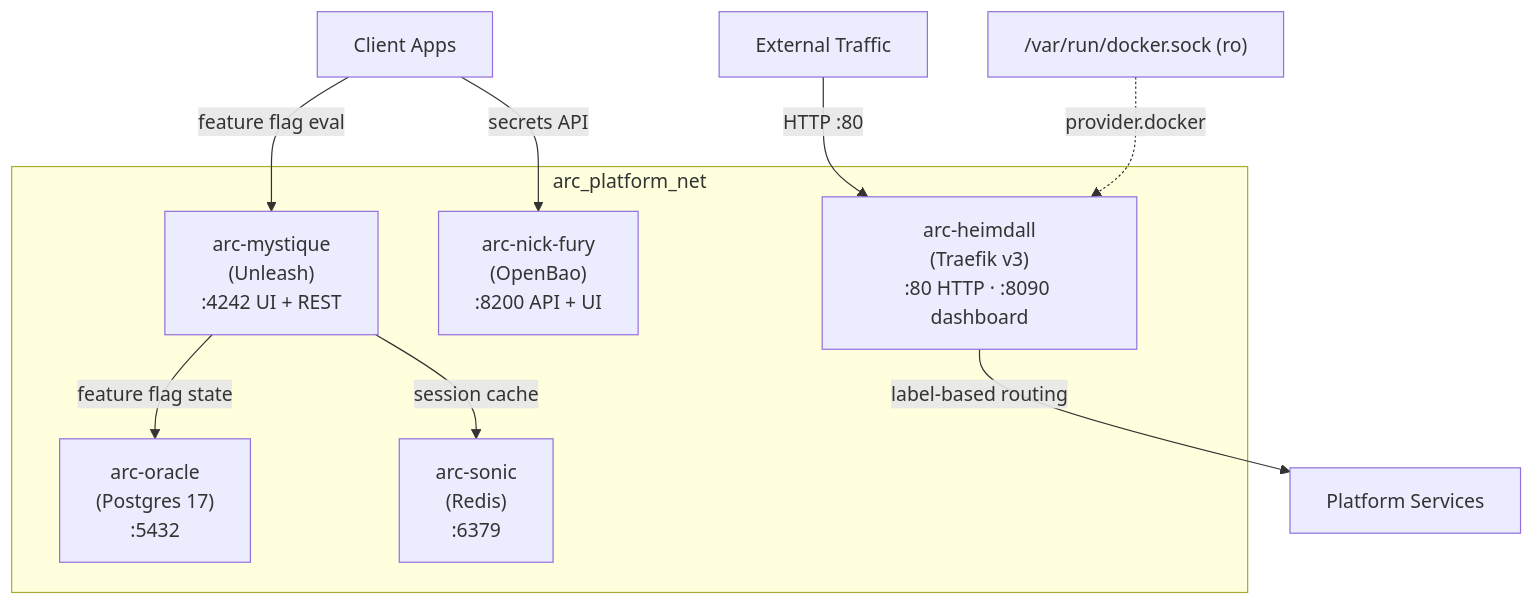
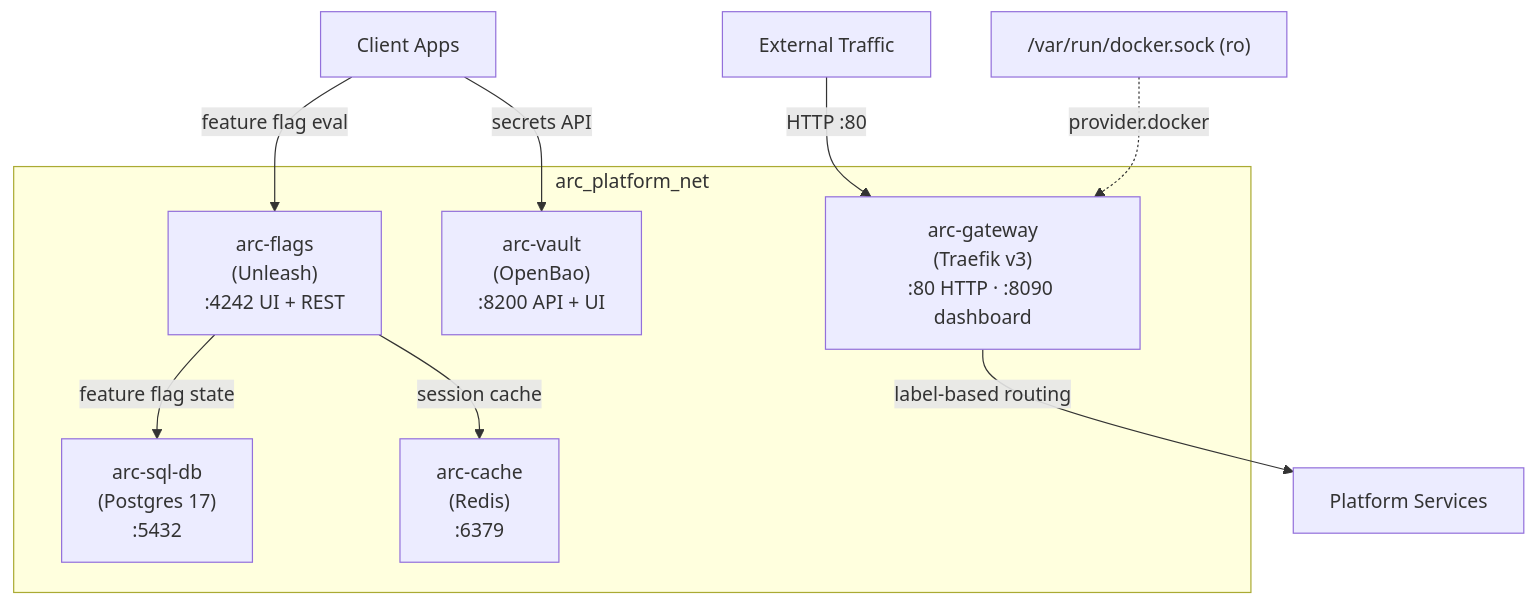
One commit to arc-framework/arc-platform changed the first of 2 diagrams in specs/006-platform-control/spec.md. Above: the diagram before and after it, drawn with Mermaid. The commit also changed other lines of this file and 34 other files, not shown here.

````diff
--- a/specs/006-platform-control/spec.md
+++ b/specs/006-platform-control/spec.md
@@ -25,18 +25,18 @@
 ```mermaid
 graph TD
     subgraph arc_platform_net
-        heimdall["arc-heimdall\n(Traefik v3)\n:80 HTTP · :8090 dashboard"]
-        fury["arc-nick-fury\n(OpenBao)\n:8200 API + UI"]
-        mystique["arc-mystique\n(Unleash)\n:4242 UI + REST"]
-        oracle["arc-oracle\n(Postgres 17)\n:5432"]
-        sonic["arc-sonic\n(Redis)\n:6379"]
+        heimdall["arc-gateway\n(Traefik v3)\n:80 HTTP · :8090 dashboard"]
+        fury["arc-vault\n(OpenBao)\n:8200 API + UI"]
+        mystique["arc-flags\n(Unleash)\n:4242 UI + REST"]
+        oracle["arc-sql-db\n(Postgres 17)\n:5432"]
+        sonic["arc-cache\n(Redis)\n:6379"]
     end
 
     internet["External Traffic"] -->|HTTP :80| heimdall
     heimdall -->|label-based routing| services["Platform Services"]
     apps["Client Apps"] -->|secrets API| fury
     apps -->|feature flag eval| mystique
     mystique -->|feature flag state| oracle
     mystique -->|session cache| sonic
     dockersock["/var/run/docker.sock (ro)"] -.->|provider.docker| heimdall
 ```
````
